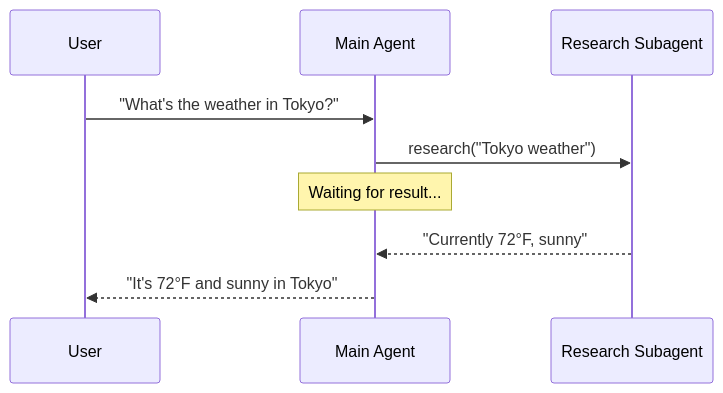
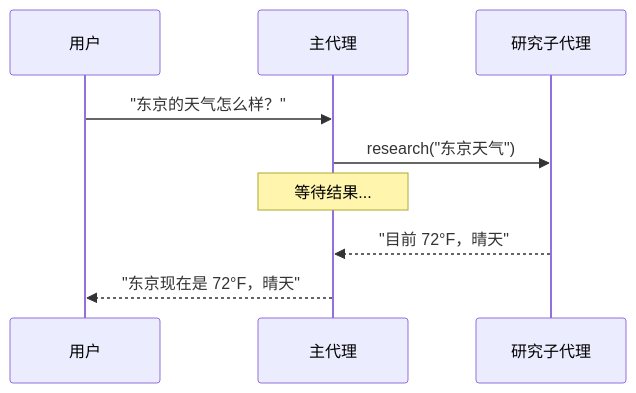
One commit to kunfan96/cndocs-langchain changed the second of 5 diagrams in oss/javascript/langchain/multi-agent/subagents.mdx. Above: the diagram before and after it, drawn with Mermaid. The commit also changed other lines of this file and 505 other files, not shown here.

````diff
--- a/oss/javascript/langchain/multi-agent/subagents.mdx
+++ b/oss/javascript/langchain/multi-agent/subagents.mdx
@@ -114,12 +112,12 @@
 ```mermaid
 sequenceDiagram
-    participant User
-    participant Main Agent
-    participant Research Subagent
+    participant 用户
+    participant 主代理
+    participant 研究子代理
 
-    User->>Main Agent: "What's the weather in Tokyo?"
-    Main Agent->>Research Subagent: research("Tokyo weather")
-    Note over Main Agent: Waiting for result...
-    Research Subagent-->>Main Agent: "Currently 72°F, sunny"
-    Main Agent-->>User: "It's 72°F and sunny in Tokyo"
+    用户->>主代理: "东京的天气怎么样？"
+    主代理->>研究子代理: research("东京天气")
+    Note over 主代理: 等待结果...
+    研究子代理-->>主代理: "目前 72°F，晴天"
+    主代理-->>用户: "东京现在是 72°F，晴天"
 ```
````
